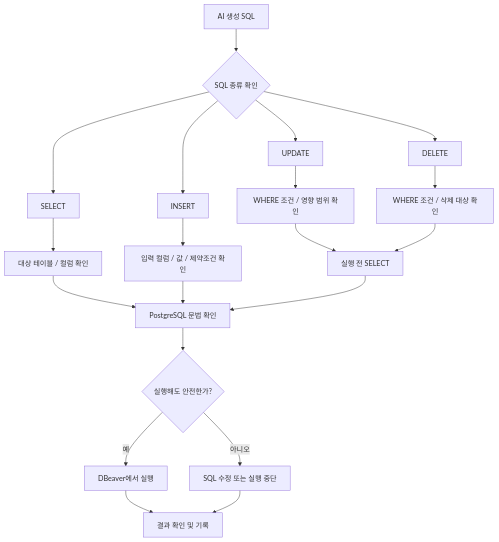
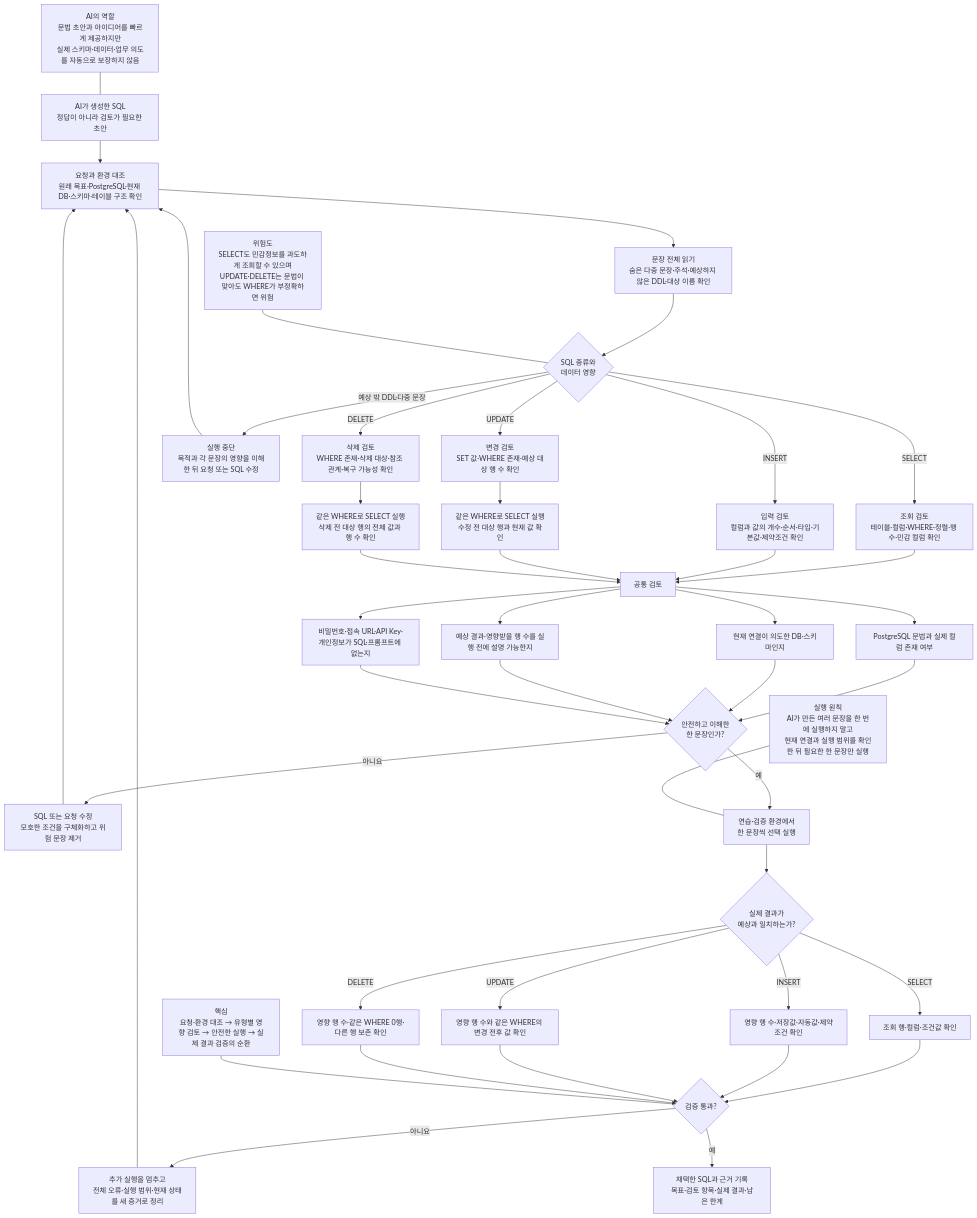
One commit to GilbertMoon/ai-database-book changed the diagram in images/chapter04/ch04_08_ai_sql_review_flow.mmd. Above: the diagram before and after it, drawn with Mermaid.

Commit message:
Refine chapter 4 AI-generated SQL review source

```diff
--- a/images/chapter04/ch04_08_ai_sql_review_flow.mmd
+++ b/images/chapter04/ch04_08_ai_sql_review_flow.mmd
@@ -1,25 +1,52 @@
-flowchart TD
-    A[AI 생성 SQL] --> B{SQL 종류 확인}
+flowchart TB
+    A[AI가 생성한 SQL<br/>정답이 아니라 검토가 필요한 초안] --> B[요청과 환경 대조<br/>원래 목표·PostgreSQL·현재 DB·스키마·테이블 구조 확인]
+    B --> C[문장 전체 읽기<br/>숨은 다중 문장·주석·예상하지 않은 DDL·대상 이름 확인]
+    C --> D{SQL 종류와<br/>데이터 영향}
 
-    B --> C[SELECT]
-    B --> D[INSERT]
-    B --> E[UPDATE]
-    B --> F[DELETE]
+    D -- SELECT --> S1[조회 검토<br/>테이블·컬럼·WHERE·정렬·행 수·민감 컬럼 확인]
+    D -- INSERT --> I1[입력 검토<br/>컬럼과 값의 개수·순서·타입·기본값·제약조건 확인]
+    D -- UPDATE --> U1[변경 검토<br/>SET 값·WHERE 존재·예상 대상 행 수 확인]
+    D -- DELETE --> X1[삭제 검토<br/>WHERE 존재·삭제 대상·참조 관계·복구 가능성 확인]
+    D -- 예상 밖 DDL·다중 문장 --> Z1[실행 중단<br/>목적과 각 문장의 영향을 이해한 뒤 요청 또는 SQL 수정]
 
-    C --> G[대상 테이블 / 컬럼 확인]
-    D --> H[입력 컬럼 / 값 / 제약조건 확인]
-    E --> I[WHERE 조건 / 영향 범위 확인]
-    F --> J[WHERE 조건 / 삭제 대상 확인]
+    U1 --> U2[같은 WHERE로 SELECT 실행<br/>수정 전 대상 행과 현재 값 확인]
+    X1 --> X2[같은 WHERE로 SELECT 실행<br/>삭제 전 대상 행의 전체 값과 행 수 확인]
 
-    I --> K[실행 전 SELECT]
-    J --> K
-    G --> L[PostgreSQL 문법 확인]
-    H --> L
-    K --> L
+    S1 --> E[공통 검토]
+    I1 --> E
+    U2 --> E
+    X2 --> E
+    Z1 --> B
 
-    L --> M{실행해도 안전한가?}
-    M -- 예 --> N[DBeaver에서 실행]
-    M -- 아니오 --> O[SQL 수정 또는 실행 중단]
+    E --> E1[PostgreSQL 문법과 실제 컬럼 존재 여부]
+    E --> E2[현재 연결이 의도한 DB·스키마인지]
+    E --> E3[예상 결과·영향받을 행 수를 실행 전에 설명 가능한지]
+    E --> E4[비밀번호·접속 URL·API Key·개인정보가 SQL·프롬프트에 없는지]
 
-    N --> P[결과 확인 및 기록]
-    O --> P
+    E1 --> F{안전하고 이해한<br/>한 문장인가?}
+    E2 --> F
+    E3 --> F
+    E4 --> F
+
+    F -- 아니요 --> G[SQL 또는 요청 수정<br/>모호한 조건을 구체화하고 위험 문장 제거]
+    G --> B
+    F -- 예 --> H[연습·검증 환경에서<br/>한 문장씩 선택 실행]
+
+    H --> J{실제 결과가<br/>예상과 일치하는가?}
+    J -- SELECT --> J1[조회 행·컬럼·조건값 확인]
+    J -- INSERT --> J2[영향 행 수·저장값·자동값·제약조건 확인]
+    J -- UPDATE --> J3[영향 행 수와 같은 WHERE의 변경 전후 값 확인]
+    J -- DELETE --> J4[영향 행 수·같은 WHERE 0행·다른 행 보존 확인]
+
+    J1 --> K{검증 통과?}
+    J2 --> K
+    J3 --> K
+    J4 --> K
+    K -- 아니요 --> L[추가 실행을 멈추고<br/>전체 오류·실행 범위·현재 상태를 새 증거로 정리]
+    L --> B
+    K -- 예 --> M[채택한 SQL과 근거 기록<br/>목표·검토 항목·실제 결과·남은 한계]
+
+    N1[AI의 역할<br/>문법 초안과 아이디어를 빠르게 제공하지만<br/>실제 스키마·데이터·업무 의도를 자동으로 보장하지 않음] --- A
+    N2[위험도<br/>SELECT도 민감정보를 과도하게 조회할 수 있으며<br/>UPDATE·DELETE는 문법이 맞아도 WHERE가 부정확하면 위험] --- D
+    N3[실행 원칙<br/>AI가 만든 여러 문장을 한 번에 실행하지 말고<br/>현재 연결과 실행 범위를 확인한 뒤 필요한 한 문장만 실행] --- H
+    N4[핵심<br/>요청·환경 대조 → 유형별 영향 검토 → 안전한 실행 → 실제 결과 검증의 순환] --- K
```
